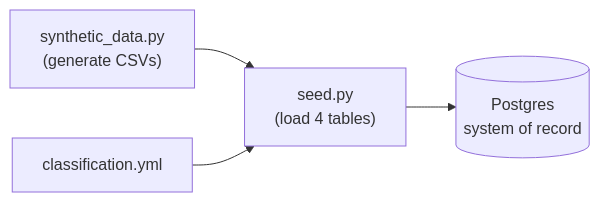
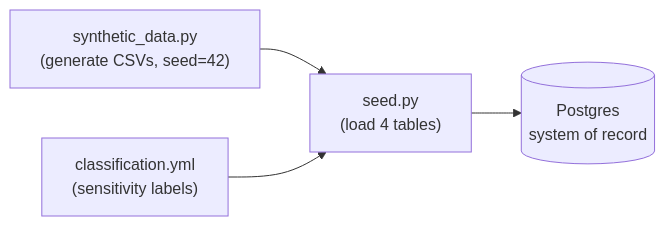
One commit to fgarofalo56/nasa-api-first-poc changed the diagram in services/seeder/README.md. Above: the diagram before and after it, drawn with Mermaid. The commit also changed other lines of this file and 27 other files, not shown here.

````diff
--- a/services/seeder/README.md
+++ b/services/seeder/README.md
@@ -6,6 +14,6 @@
 ```mermaid
 flowchart LR
-    gen["synthetic_data.py<br/>(generate CSVs)"] --> load["seed.py<br/>(load 4 tables)"]
-    cls["classification.yml"] --> load
+    gen["synthetic_data.py<br/>(generate CSVs, seed=42)"] --> load["seed.py<br/>(load 4 tables)"]
+    cls["classification.yml<br/>(sensitivity labels)"] --> load
     load --> pg[("Postgres<br/>system of record")]
 ```
````
